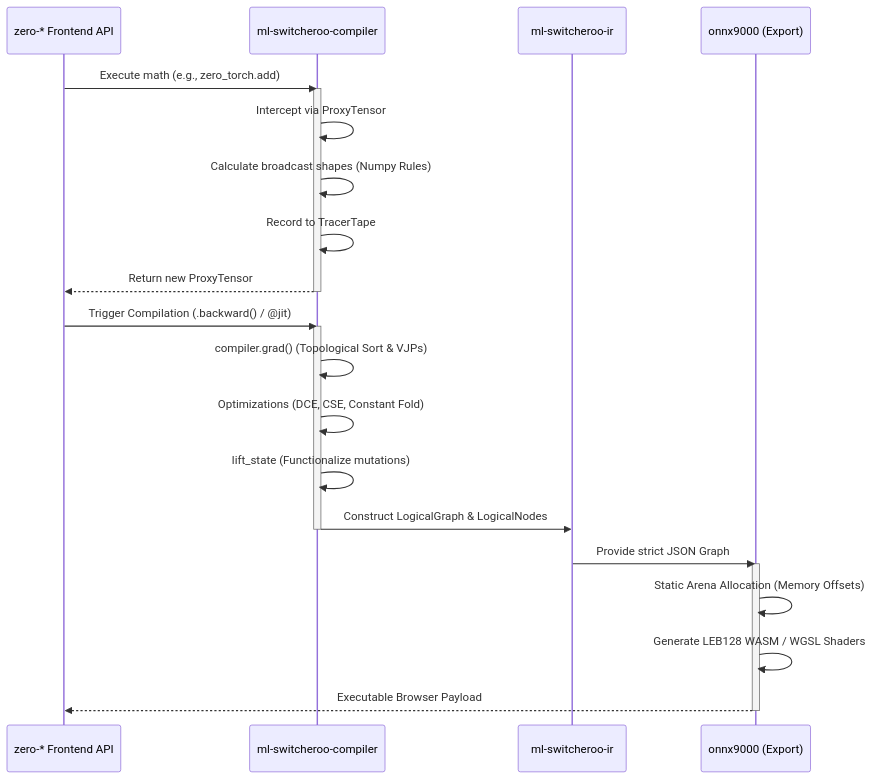
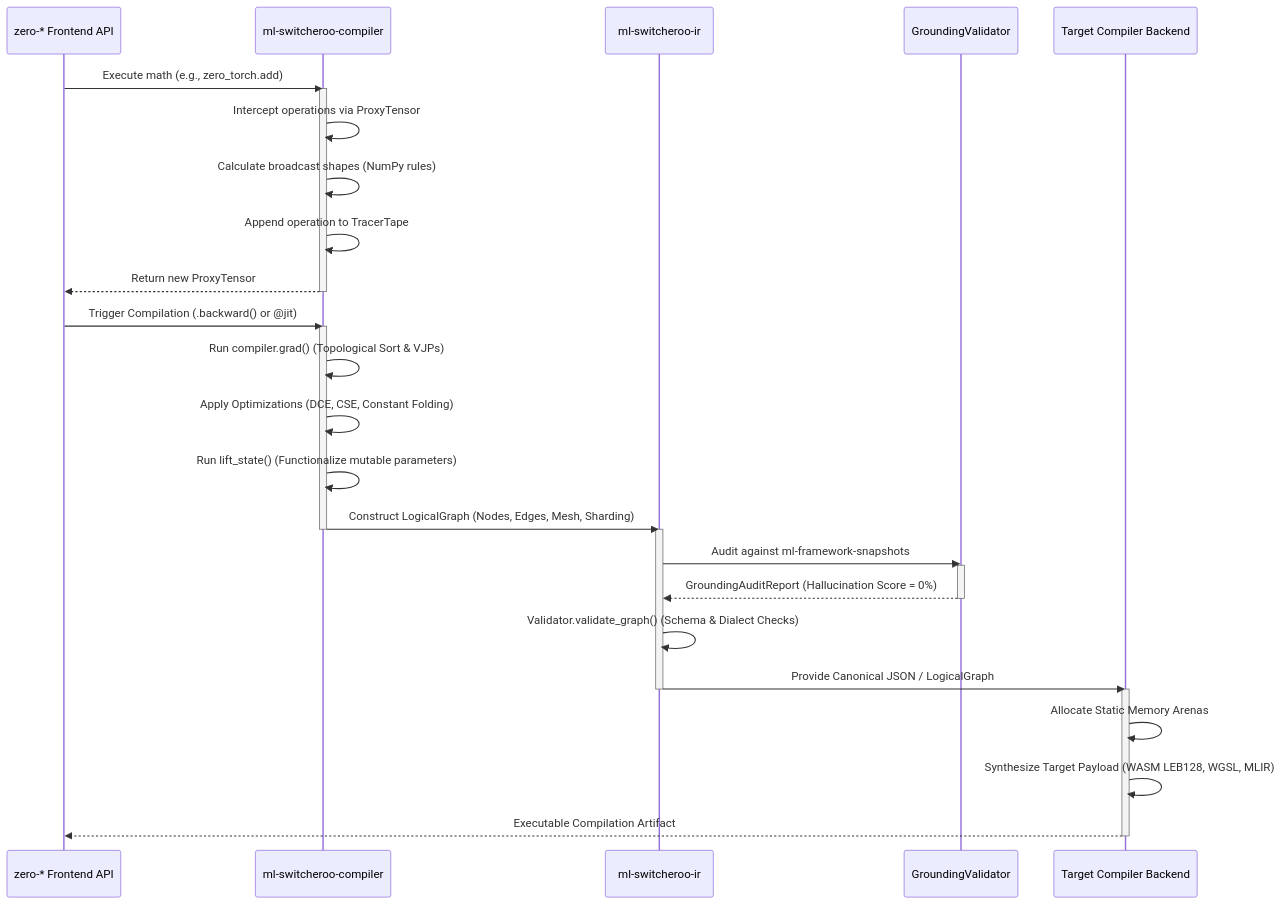
Before and after one commit to SamuelMarks/ml-switcheroo-ir: the second of 2 diagrams in ARCHITECTURE.md, drawn with Mermaid. The commit also changed other lines of this file and 13 other files, not shown here.

Commit message:
Upgrade to support ml-framework-snapshot StableHLO, MLIR, RDNA and SASS formats ; improve docs

````diff
--- a/ARCHITECTURE.md
+++ b/ARCHITECTURE.md
@@ -102,30 +214,40 @@
 ```mermaid
 sequenceDiagram
     participant User as zero-* Frontend API
     participant Compiler as ml-switcheroo-compiler
     participant IR as ml-switcheroo-ir
-    participant Backend as onnx9000 (Export)
+    participant Grounding as GroundingValidator
+    participant Backend as Target Compiler Backend
 
     User->>Compiler: Execute math (e.g., zero_torch.add)
     activate Compiler
-    Compiler->>Compiler: Intercept via ProxyTensor
-    Compiler->>Compiler: Calculate broadcast shapes (Numpy Rules)
-    Compiler->>Compiler: Record to TracerTape
+    Compiler->>Compiler: Intercept operations via ProxyTensor
+    Compiler->>Compiler: Calculate broadcast shapes (NumPy rules)
+    Compiler->>Compiler: Append operation to TracerTape
     Compiler-->>User: Return new ProxyTensor
     deactivate Compiler
 
-    User->>Compiler: Trigger Compilation (.backward() / @jit)
+    User->>Compiler: Trigger Compilation (.backward() or @jit)
     activate Compiler
-    Compiler->>Compiler: compiler.grad() (Topological Sort & VJPs)
-    Compiler->>Compiler: Optimizations (DCE, CSE, Constant Fold)
-    Compiler->>Compiler: lift_state (Functionalize mutations)
-    Compiler->>IR: Construct LogicalGraph & LogicalNodes
+    Compiler->>Compiler: Run compiler.grad() (Topological Sort & VJPs)
+    Compiler->>Compiler: Apply Optimizations (DCE, CSE, Constant Folding)
+    Compiler->>Compiler: Run lift_state() (Functionalize mutable parameters)
+    Compiler->>IR: Construct LogicalGraph (Nodes, Edges, Mesh, Sharding)
     deactivate Compiler
+
+    activate IR
+    IR->>Grounding: Audit against ml-framework-snapshots
+    activate Grounding
+    Grounding-->>IR: GroundingAuditReport (Hallucination Score = 0%)
+    deactivate Grounding
     
-    IR->>Backend: Provide strict JSON Graph
+    IR->>IR: Validator.validate_graph() (Schema & Dialect Checks)
+    IR->>Backend: Provide Canonical JSON / LogicalGraph
+    deactivate IR
+
     activate Backend
-    Backend->>Backend: Static Arena Allocation (Memory Offsets)
-    Backend->>Backend: Generate LEB128 WASM / WGSL Shaders
-    Backend-->>User: Executable Browser Payload
+    Backend->>Backend: Allocate Static Memory Arenas
+    Backend->>Backend: Synthesize Target Payload (WASM LEB128, WGSL, MLIR)
+    Backend-->>User: Executable Compilation Artifact
     deactivate Backend
 ```
````
